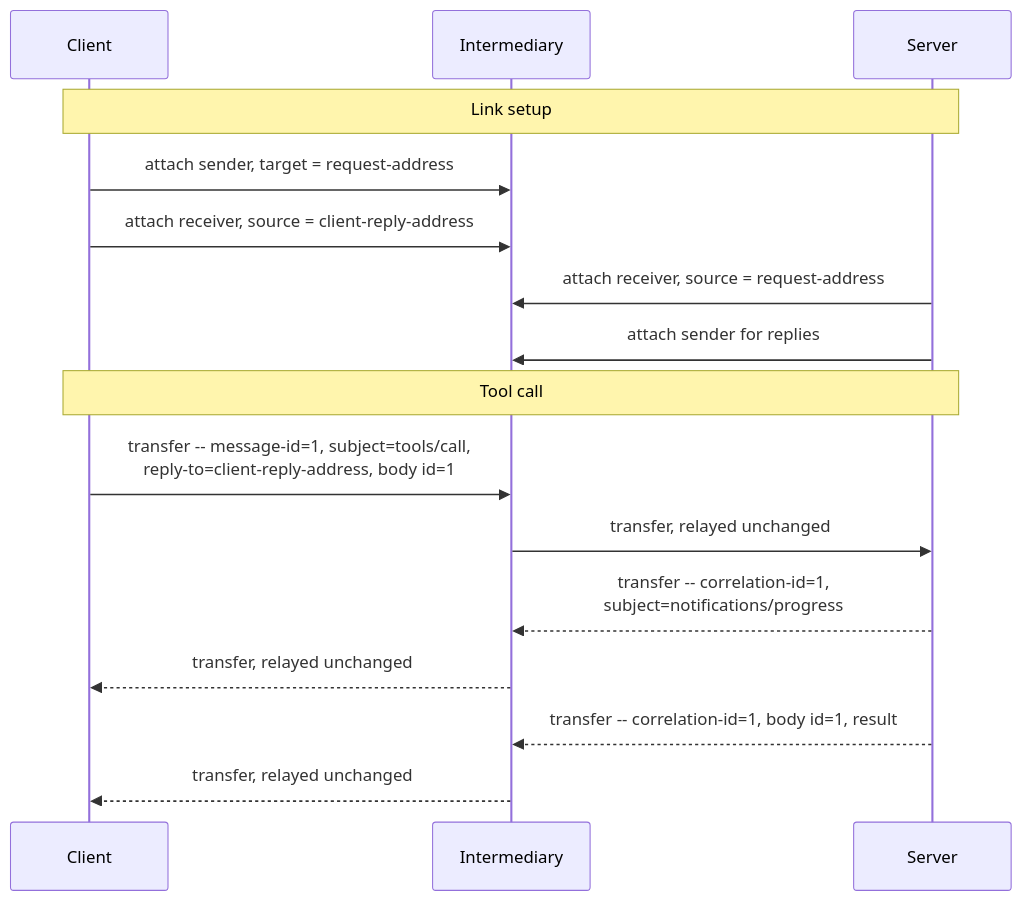
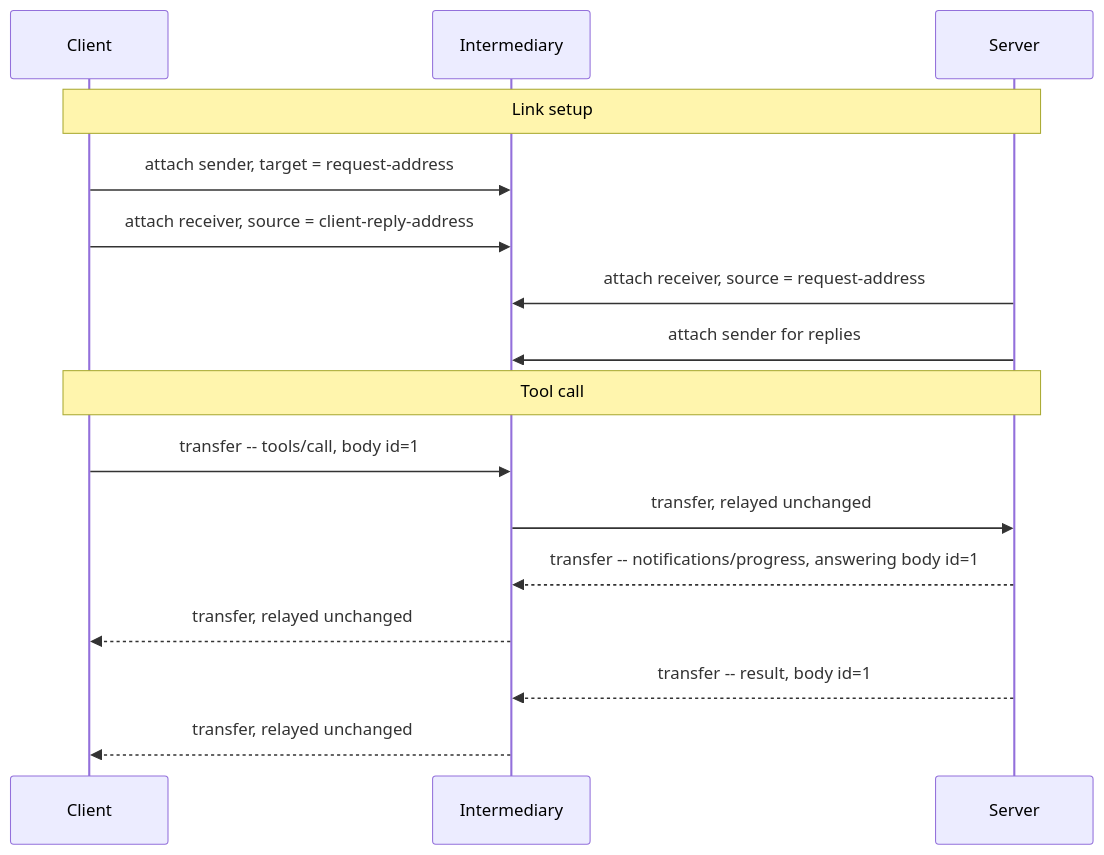
One commit to oasis-tcs/amqp-specs changed the diagram in mcp/mcp-amqp-binding-spec.md. Above: the diagram before and after it, drawn with Mermaid. The commit also changed other lines of this file, not shown here.

````diff
--- a/mcp/mcp-amqp-binding-spec.md
+++ b/mcp/mcp-amqp-binding-spec.md
@@ -157,20 +134,20 @@
 ```mermaid
 sequenceDiagram
     participant C as Client
     participant I as Intermediary
     participant S as Server
 
     Note over C,S: Link setup
     C->>I: attach sender, target = request-address
     C->>I: attach receiver, source = client-reply-address
     S->>I: attach receiver, source = request-address
     S->>I: attach sender for replies
 
     Note over C,S: Tool call
-    C->>I: transfer -- message-id=1, subject=tools/call,<br/>reply-to=client-reply-address, body id=1
+    C->>I: transfer -- tools/call, body id=1
     I->>S: transfer, relayed unchanged
-    S-->>I: transfer -- correlation-id=1,<br/>subject=notifications/progress
+    S-->>I: transfer -- notifications/progress, answering body id=1
     I-->>C: transfer, relayed unchanged
-    S-->>I: transfer -- correlation-id=1, body id=1, result
+    S-->>I: transfer -- result, body id=1
     I-->>C: transfer, relayed unchanged
 ```
````
